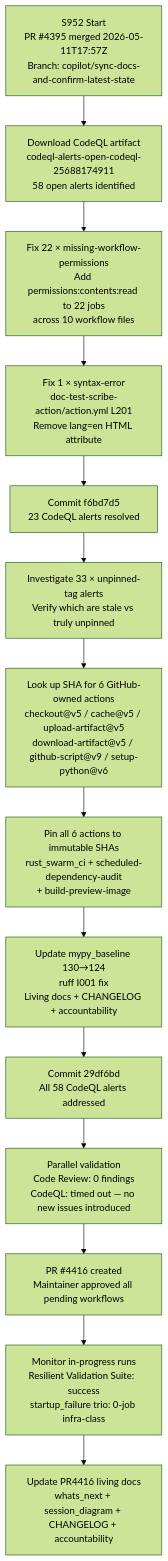
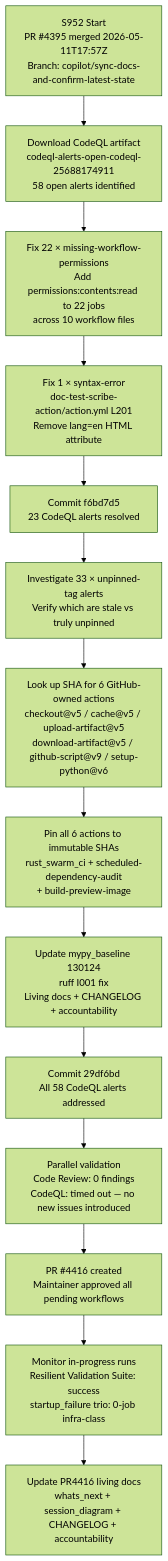
The diagram in docs/sessions/PR4416_session_diagram.md (Aries-Serpent/_codex_), drawn with Mermaid (forest theme) before and after one commit. The commit also changed other lines of this file and 4117 other files, not shown here.

````diff
--- a/docs/sessions/PR4416_session_diagram.md
+++ b/docs/sessions/PR4416_session_diagram.md
@@ -7,18 +7,32 @@
 ```mermaid
 %%{init: {'accessibility': {'title': 'Flowchart showing S952 Start<br/>PR #4395 merged 2026-05-11T17:57Z<br/>Branch: copilot/sync-docs-and-confirm-latest-state, Download CodeQL artifact<br/>codeql-alerts-open-codeql-25688174911<br/>58 open alerts identified'}}%%
+
 graph TD
-  A[S952 Start<br/>PR #4395 merged 2026-05-11T17:57Z<br/>Branch: copilot/sync-docs-and-confirm-latest-state] --> B
-  B[Download CodeQL artifact<br/>codeql-alerts-open-codeql-25688174911<br/>58 open alerts identified] --> C
-  C[Fix 22 × missing-workflow-permissions<br/>Add permissions:contents:read to 22 jobs<br/>across 10 workflow files] --> D
-  D[Fix 1 × syntax-error<br/>doc-test-scribe-action/action.yml L201<br/>Remove lang=en HTML attribute] --> E
-  E[Commit f6bd7d5<br/>23 CodeQL alerts resolved] --> F
-  F[Investigate 33 × unpinned-tag alerts<br/>Verify which are stale vs truly unpinned] --> G
-  G[Look up SHA for 6 GitHub-owned actions<br/>checkout@v5 / cache@v5 / upload-artifact@v5<br/>download-artifact@v5 / github-script@v9 / setup-python@v6] --> H
-  H[Pin all 6 actions to immutable SHAs<br/>rust_swarm_ci + scheduled-dependency-audit<br/>+ build-preview-image] --> I
-  I[Update mypy_baseline 130→124<br/>ruff I001 fix<br/>Living docs + CHANGELOG + accountability] --> J
-  J[Commit 29df6bd<br/>All 58 CodeQL alerts addressed] --> K
-  K[Parallel validation<br/>Code Review: 0 findings<br/>CodeQL: timed out — no new issues introduced] --> L
-  L[PR #4416 created<br/>Maintainer approved all pending workflows] --> M
-  M[Monitor in-progress runs<br/>Resilient Validation Suite:  success<br/>startup_failure trio: 0-job infra-class] --> N
-  N[Update PR4416 living docs<br/>whats_next + session_diagram + CHANGELOG + accountability]
+
+ A[S952 Start<br/>PR #4395 merged 2026-05-11T17:57Z<br/>Branch: copilot/sync-docs-and-confirm-latest-state] --> B
+
+ B[Download CodeQL artifact<br/>codeql-alerts-open-codeql-25688174911<br/>58 open alerts identified] --> C
+
+ C[Fix 22 × missing-workflow-permissions<br/>Add permissions:contents:read to 22 jobs<br/>across 10 workflow files] --> D
+
+ D[Fix 1 × syntax-error<br/>doc-test-scribe-action/action.yml L201<br/>Remove lang=en HTML attribute] --> E
+
+ E[Commit f6bd7d5<br/>23 CodeQL alerts resolved] --> F
+
+ F[Investigate 33 × unpinned-tag alerts<br/>Verify which are stale vs truly unpinned] --> G
+
+ G[Look up SHA for 6 GitHub-owned actions<br/>checkout@v5 / cache@v5 / upload-artifact@v5<br/>download-artifact@v5 / github-script@v9 / setup-python@v6] --> H
+
+ H[Pin all 6 actions to immutable SHAs<br/>rust_swarm_ci + scheduled-dependency-audit<br/>+ build-preview-image] --> I
+
+ I[Update mypy_baseline 130124<br/>ruff I001 fix<br/>Living docs + CHANGELOG + accountability] --> J
+
+ J[Commit 29df6bd<br/>All 58 CodeQL alerts addressed] --> K
+
+ K[Parallel validation<br/>Code Review: 0 findings<br/>CodeQL: timed out — no new issues introduced] --> L
+
+ L[PR #4416 created<br/>Maintainer approved all pending workflows] --> M
+
+ M[Monitor in-progress runs<br/>Resilient Validation Suite: success<br/>startup_failure trio: 0-job infra-class] --> N
+ N[Update PR4416 living docs<br/>whats_next + session_diagram + CHANGELOG + accountability]
 ```
````
